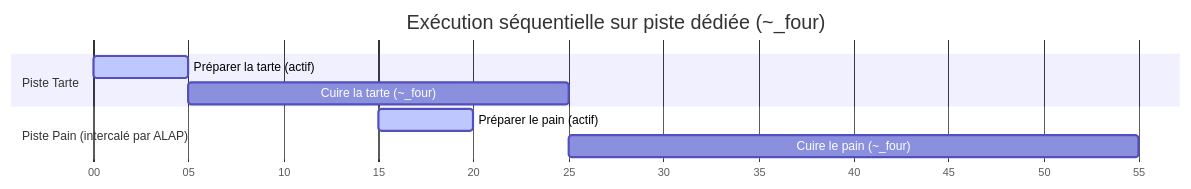
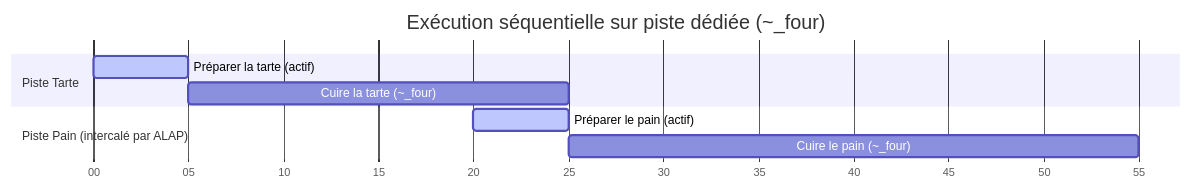
The fifth of 5 diagrams in packages/docs/src/content/docs/fr/docs/explanation/alap-scheduling.mdx (gram-lang/gram), drawn with Mermaid before and after one commit. The commit also changed other lines of this file and 1 other file, not shown here.

Commit message:
docs: fix Mermaid Gantt timings in ALAP scheduling explanation

````diff
--- a/packages/docs/src/content/docs/fr/docs/explanation/alap-scheduling.mdx
+++ b/packages/docs/src/content/docs/fr/docs/explanation/alap-scheduling.mdx
@@ -154,14 +154,14 @@
 ```mermaid
 gantt
     title Exécution séquentielle sur piste dédiée (~_four)
     dateFormat  m
     axisFormat %M
     
     section Piste Tarte
     Préparer la tarte (actif)         : active, p1, 0, 5m
     Cuire la tarte (~_four)           : p2, after p1, 20m
     
     section Piste Pain (intercalé par ALAP)
-    Préparer le pain (actif)          : active, b1, 15, 5m
+    Préparer le pain (actif)          : active, b1, 20, 5m
     Cuire le pain (~_four)            : b2, after p2, 30m
 ```
````
